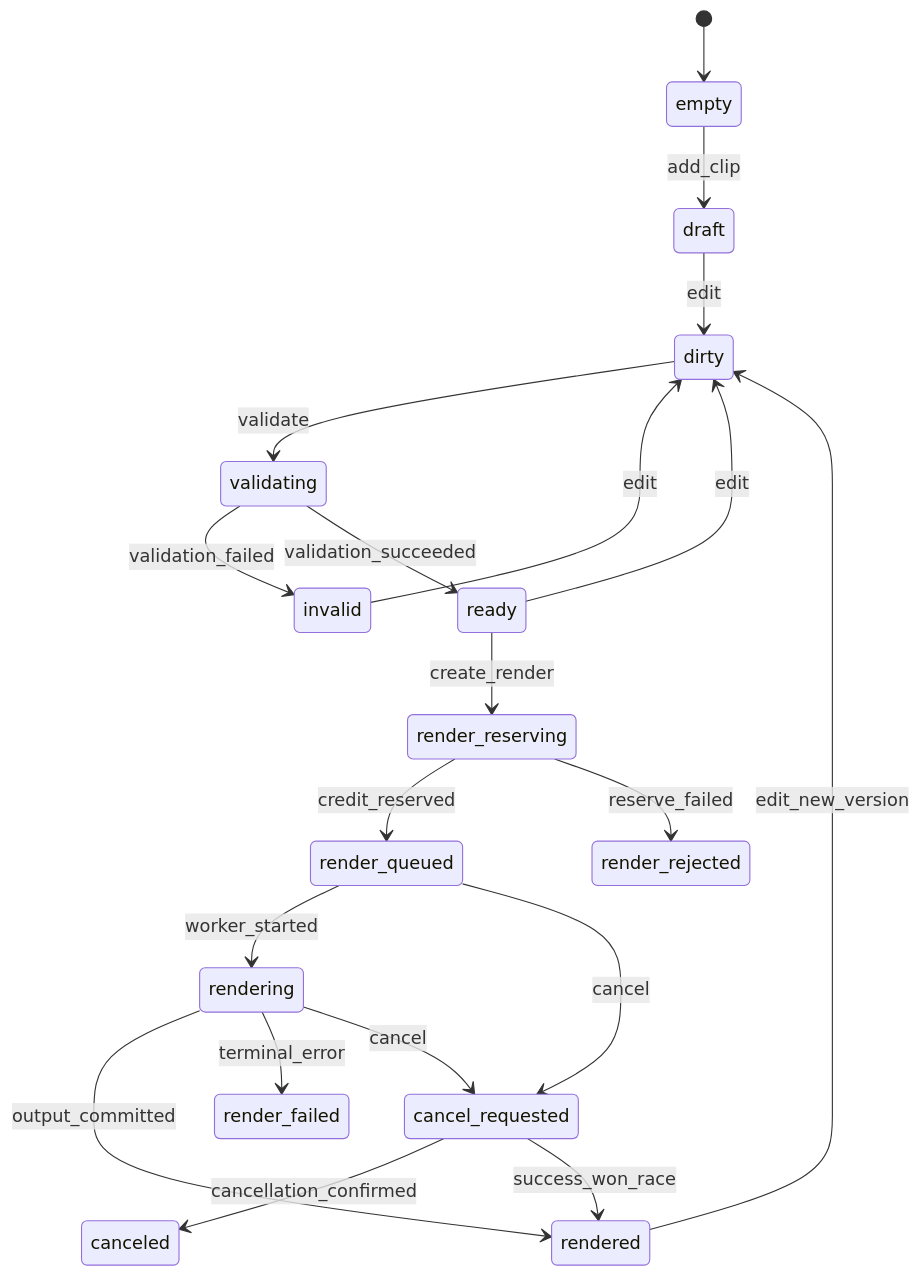
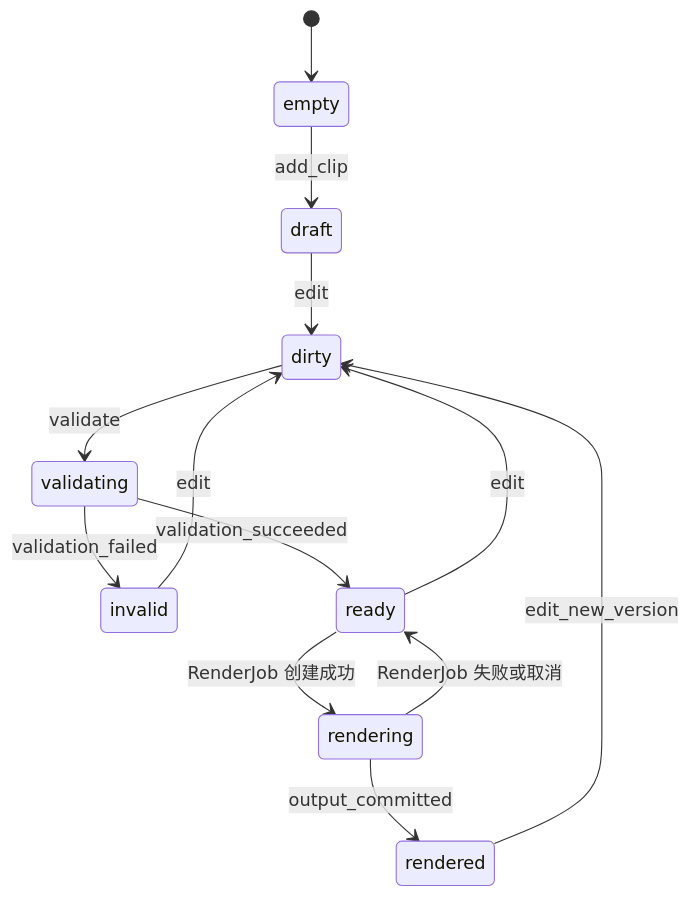
One commit to linshibo1994/MTV-backend changed the sixth of 7 diagrams in docs/codex/07-权限状态机与验收标准.md. Above: the diagram before and after it, drawn with Mermaid. The commit also changed other lines of this file and 11 other files, not shown here.

````diff
--- a/docs/codex/07-权限状态机与验收标准.md
+++ b/docs/codex/07-权限状态机与验收标准.md
@@ -509,22 +568,15 @@
 ```mermaid
 stateDiagram-v2
     [*] --> empty
     empty --> draft: add_clip
     draft --> dirty: edit
     dirty --> validating: validate
     validating --> invalid: validation_failed
     validating --> ready: validation_succeeded
     invalid --> dirty: edit
     ready --> dirty: edit
-    ready --> render_reserving: create_render
-    render_reserving --> render_queued: credit_reserved
-    render_reserving --> render_rejected: reserve_failed
-    render_queued --> rendering: worker_started
+    ready --> rendering: RenderJob 创建成功
     rendering --> rendered: output_committed
-    rendering --> render_failed: terminal_error
-    render_queued --> cancel_requested: cancel
-    rendering --> cancel_requested: cancel
-    cancel_requested --> canceled: cancellation_confirmed
-    cancel_requested --> rendered: success_won_race
+    rendering --> ready: RenderJob 失败或取消
     rendered --> dirty: edit_new_version
 ```
````
